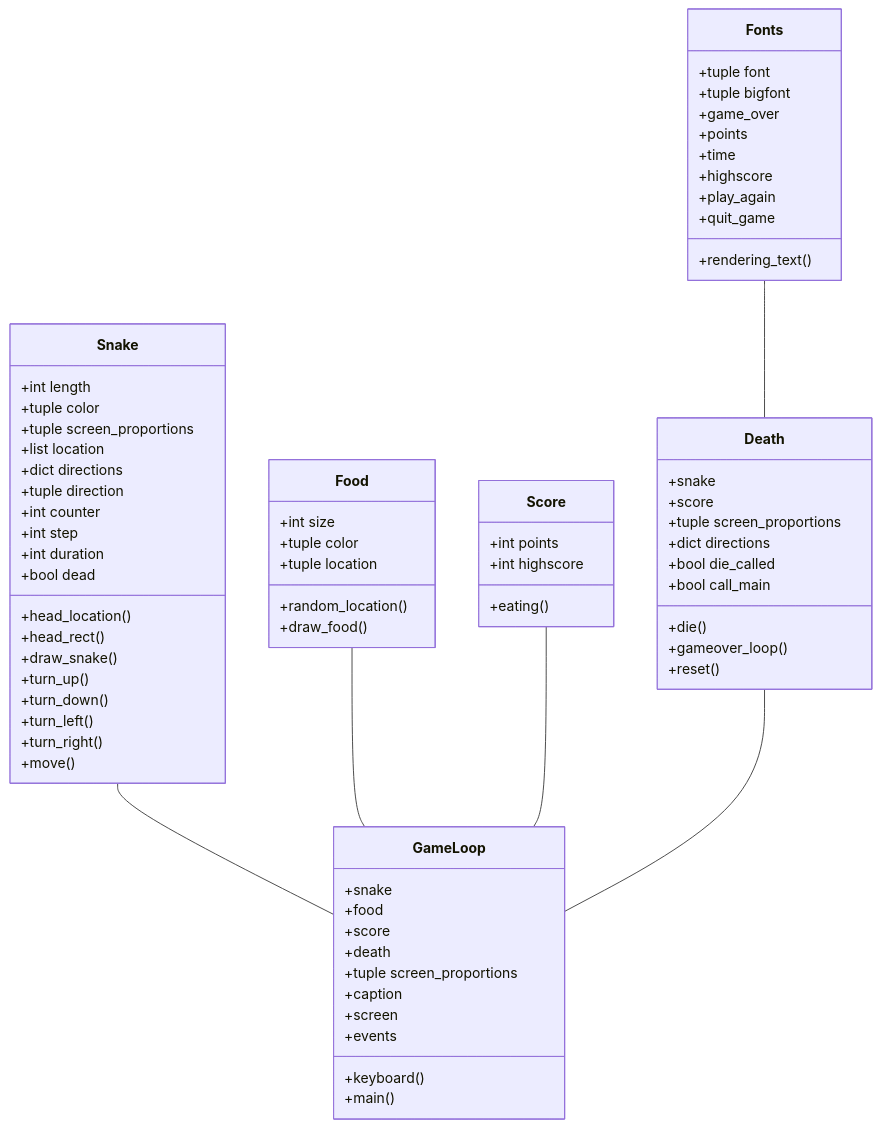
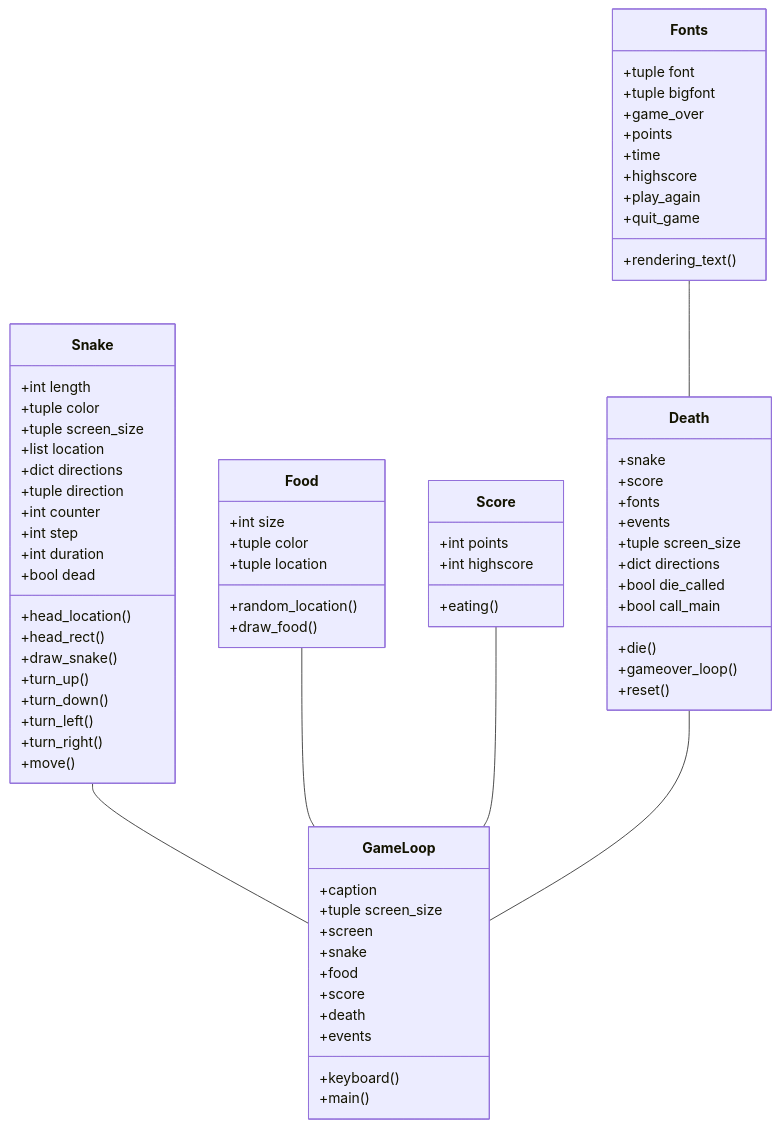
Before and after one commit to lottapispa/ot-harjoitystyo: the first of 3 diagrams in dokumentaatio/arkkitehtuuri.md, drawn with Mermaid.

````diff
--- a/dokumentaatio/arkkitehtuuri.md
+++ b/dokumentaatio/arkkitehtuuri.md
@@ -6,74 +6,76 @@
 ```mermaid
 classDiagram
     Snake -- GameLoop
     Food -- GameLoop
     Score -- GameLoop
     Death -- GameLoop
     Fonts -- Death
     class Snake{
         +int length
         +tuple color
-        +tuple screen_proportions
+        +tuple screen_size
         +list location
         +dict directions
         +tuple direction
         +int counter
         +int step
         +int duration
         +bool dead
         +head_location()
         +head_rect()
         +draw_snake()
         +turn_up()
         +turn_down()
         +turn_left()
         +turn_right()
         +move()
     }
     class Food{
         +int size
         +tuple color
         +tuple location
         +random_location()
         +draw_food()
     }
     class Score{
         +int points
         +int highscore
         +eating()
     }
     class Death{
         +snake
         +score
-        +tuple screen_proportions
+        +fonts
+        +events
+        +tuple screen_size
         +dict directions
         +bool die_called
         +bool call_main
         +die()
         +gameover_loop()
         +reset()
     }
     class Fonts{
         +tuple font
         +tuple bigfont
         +game_over
         +points
         +time
         +highscore
         +play_again
         +quit_game
         +rendering_text()
     }
     class GameLoop{
+        +caption
+        +tuple screen_size
+        +screen
         +snake
         +food
         +score
         +death
-        +tuple screen_proportions
-        +caption
-        +screen
         +events
         +keyboard()
         +main()
     }
 ```
````
